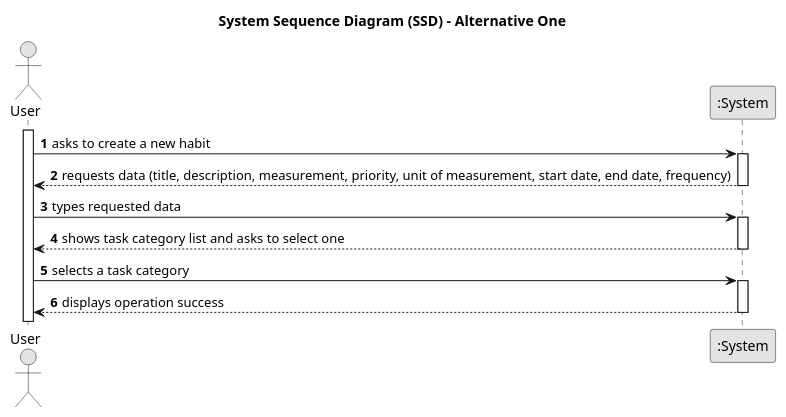
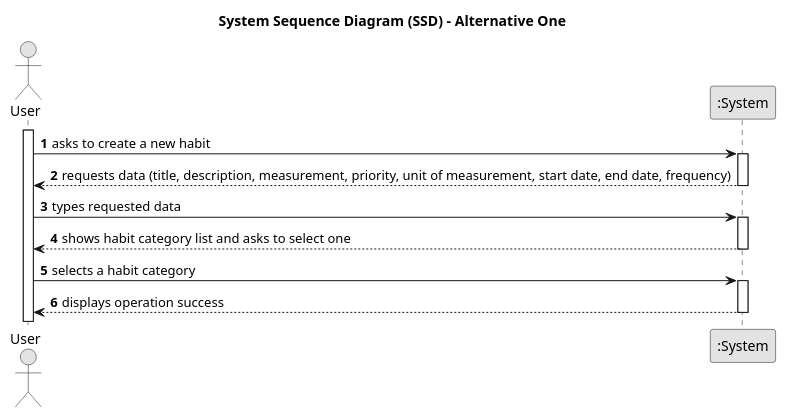
Before and after one commit to RodrigoSousa497/HabitTracker: the diagram in docs/US001/01.requirements_engineering/puml/us001-system-sequence-diagram-alternative-one.puml, drawn with PlantUML. The commit also changed 119 other files, not shown here.

```diff
--- a/docs/US001/01.requirements_engineering/puml/us001-system-sequence-diagram-alternative-one.puml
+++ b/docs/US001/01.requirements_engineering/puml/us001-system-sequence-diagram-alternative-one.puml
@@ -1,33 +1,33 @@
 @startuml
 skinparam monochrome true
 skinparam packageStyle rectangle
 skinparam shadowing false
 
 title System Sequence Diagram (SSD) - Alternative One
 
 autonumber
 
 actor "User" as User
 participant ":System" as System
 
 activate User
 
     User -> System : asks to create a new habit
     activate System
 
         System --> User : requests data (title, description, measurement, priority, unit of measurement, start date, end date, frequency)
     deactivate System
 
     User -> System : types requested data
     activate System
 
-        System --> User : shows task category list and asks to select one
+        System --> User : shows habit category list and asks to select one
     deactivate System
 
-    User -> System : selects a task category
+    User -> System : selects a habit category
     activate System
 
         System --> User : displays operation success
     deactivate System
 
 @enduml
```
